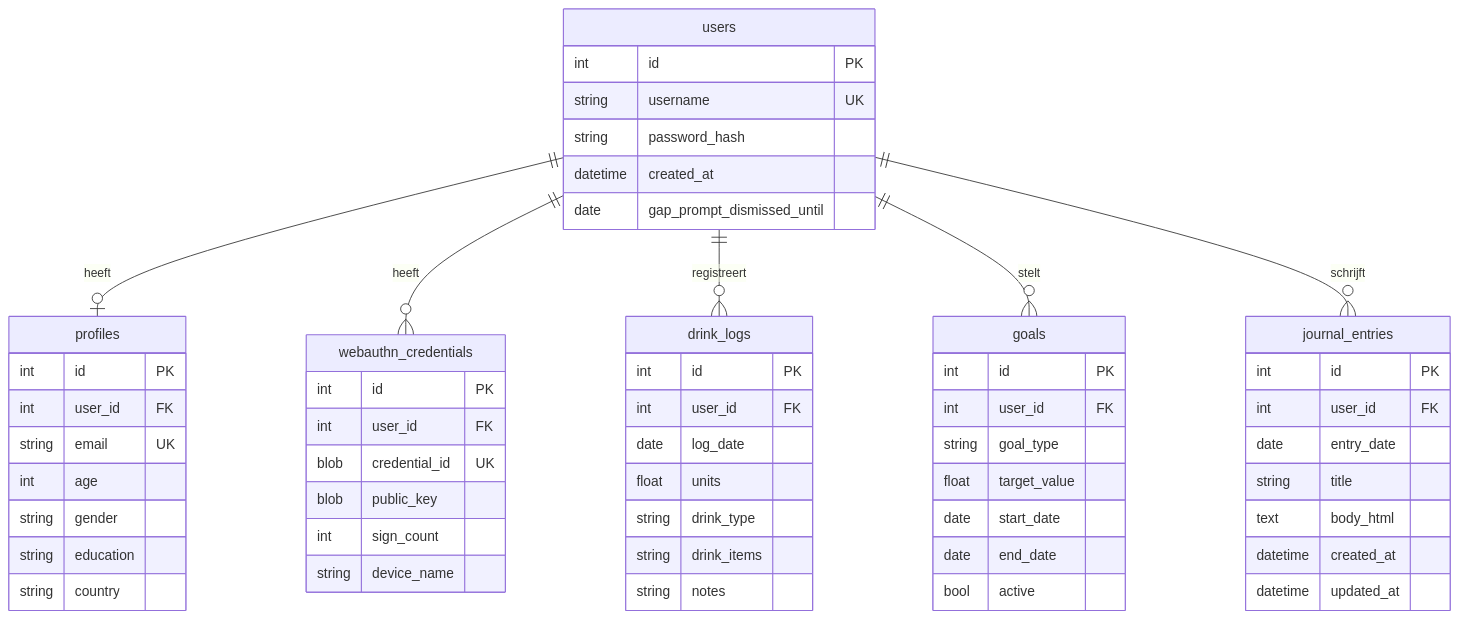
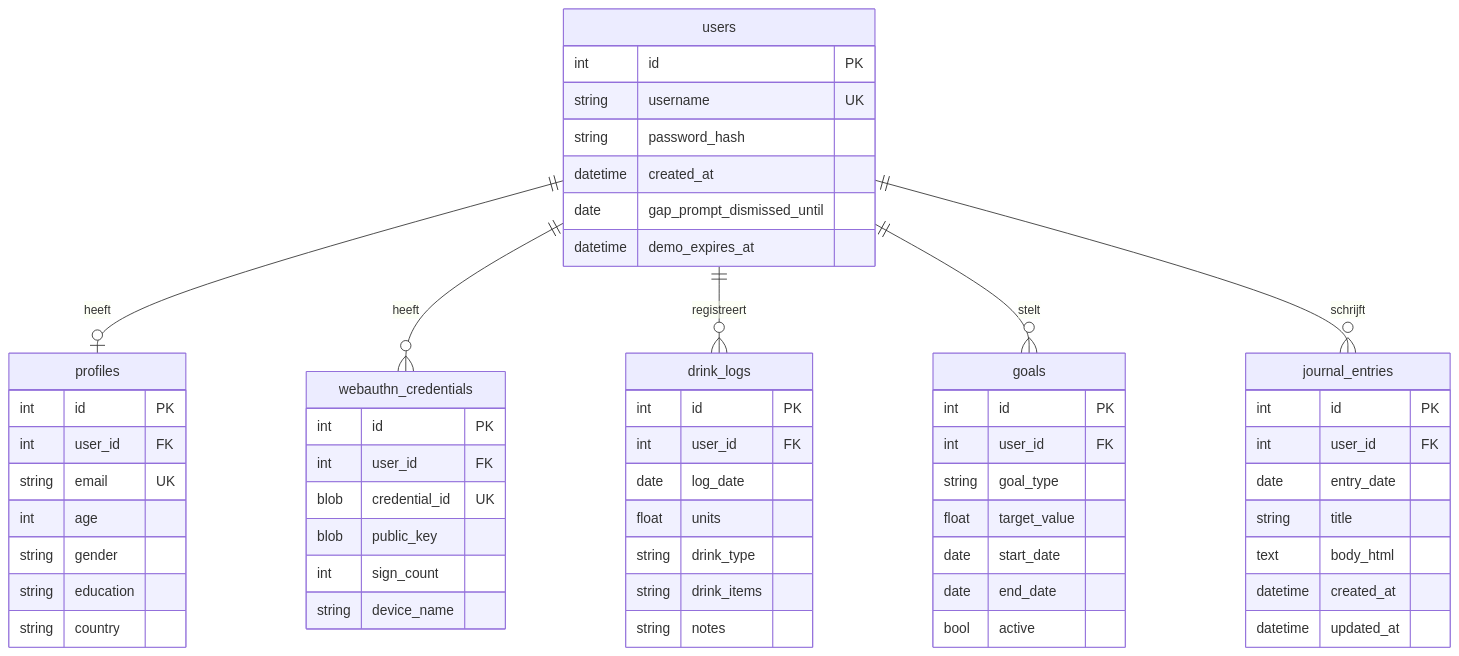
One commit to psinke1974/fris-alcoholmanagement changed the diagram in docs/database.md. Above: the diagram before and after it, drawn with Mermaid. The commit also changed other lines of this file and 31 other files, not shown here.

````diff
--- a/docs/database.md
+++ b/docs/database.md
@@ -11,65 +11,66 @@
 ```mermaid
 erDiagram
     users ||--o| profiles : heeft
     users ||--o{ webauthn_credentials : heeft
     users ||--o{ drink_logs : registreert
     users ||--o{ goals : stelt
     users ||--o{ journal_entries : schrijft
 
     users {
         int id PK
         string username UK
         string password_hash
         datetime created_at
         date gap_prompt_dismissed_until
+        datetime demo_expires_at
     }
 
     profiles {
         int id PK
         int user_id FK
         string email UK
         int age
         string gender
         string education
         string country
     }
 
     webauthn_credentials {
         int id PK
         int user_id FK
         blob credential_id UK
         blob public_key
         int sign_count
         string device_name
     }
 
     drink_logs {
         int id PK
         int user_id FK
         date log_date
         float units
         string drink_type
         string drink_items
         string notes
     }
 
     goals {
         int id PK
         int user_id FK
         string goal_type
         float target_value
         date start_date
         date end_date
         bool active
     }
 
     journal_entries {
         int id PK
         int user_id FK
         date entry_date
         string title
         text body_html
         datetime created_at
         datetime updated_at
     }
 ```
````
